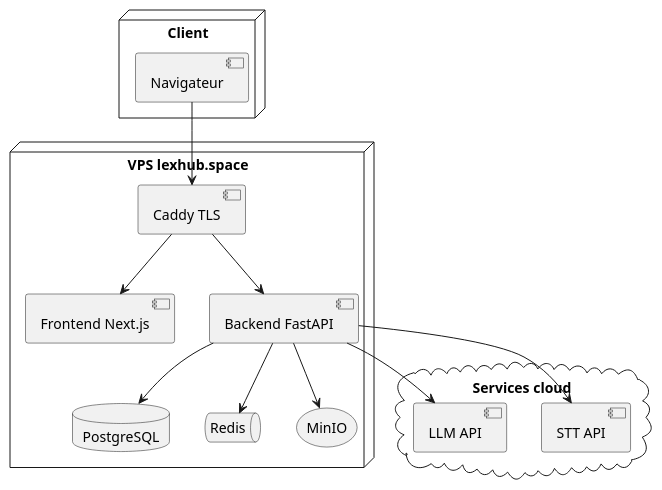
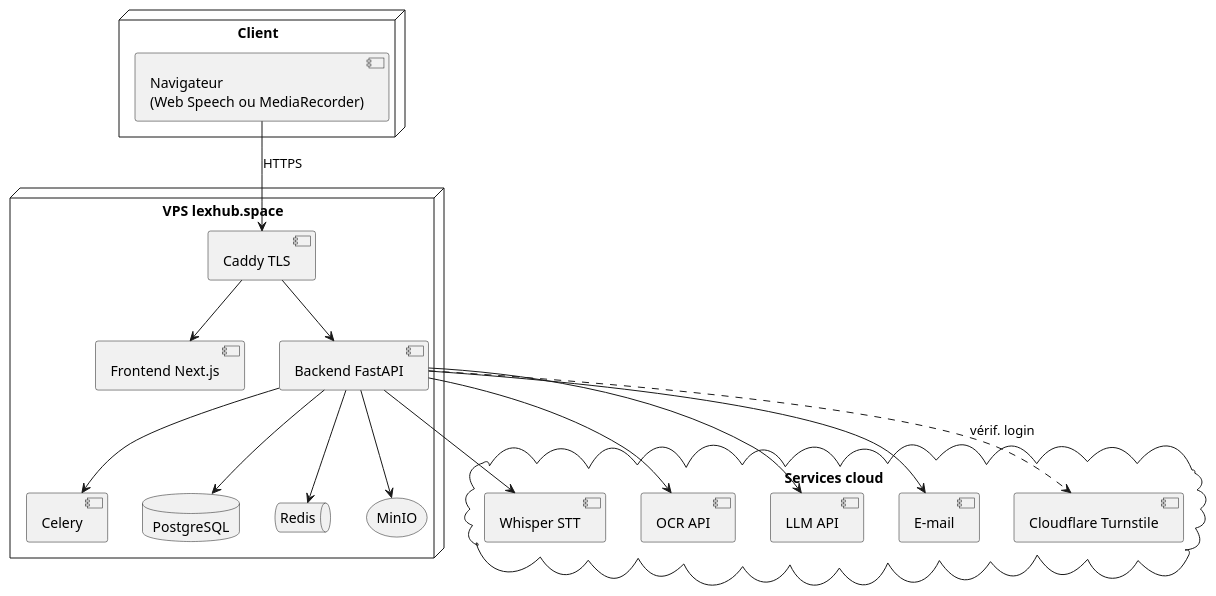
The diagram in docs/rapport-pfa-overleaf2/rapport-pfa/diagrams/deploy-lexhub.puml (anadouae/Plateforme-d-Assistance-en-IA-pour-Avocats), drawn with PlantUML before and after one commit. The commit also changed 240 other files, not shown here.

```diff
--- a/docs/rapport-pfa-overleaf2/rapport-pfa/diagrams/deploy-lexhub.puml
+++ b/docs/rapport-pfa-overleaf2/rapport-pfa/diagrams/deploy-lexhub.puml
@@ -1,26 +1,34 @@
 @startuml deploy-lexhub
 skinparam shadowing false
 node "Client" {
-  [Navigateur]
+  [Navigateur\n(Web Speech ou MediaRecorder)] as Nav
 }
 node "VPS lexhub.space" {
   [Caddy TLS] as Caddy
   [Frontend Next.js] as FE
   [Backend FastAPI] as BE
+  [Celery] as CEL
   database PostgreSQL
   queue Redis
   storage MinIO
 }
 cloud "Services cloud" {
-  [STT API]
+  [Whisper STT]
+  [OCR API]
   [LLM API]
+  [E-mail]
+  [Cloudflare Turnstile]
 }
-[Navigateur] --> Caddy
+Nav --> Caddy : HTTPS
 Caddy --> FE
 Caddy --> BE
 BE --> PostgreSQL
 BE --> Redis
 BE --> MinIO
-BE --> [STT API]
+BE --> CEL
+BE --> [Whisper STT]
+BE --> [OCR API]
 BE --> [LLM API]
+BE --> [E-mail]
+BE ..> [Cloudflare Turnstile] : vérif. login
 @enduml
```
